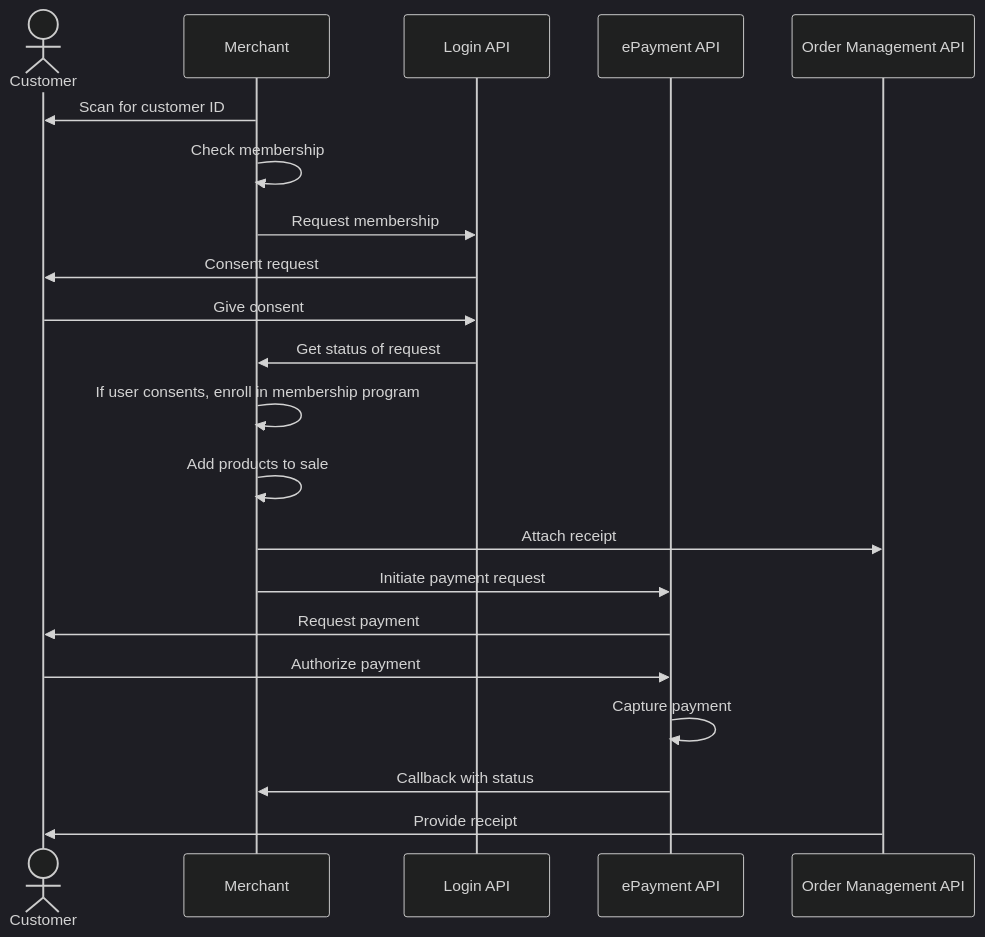
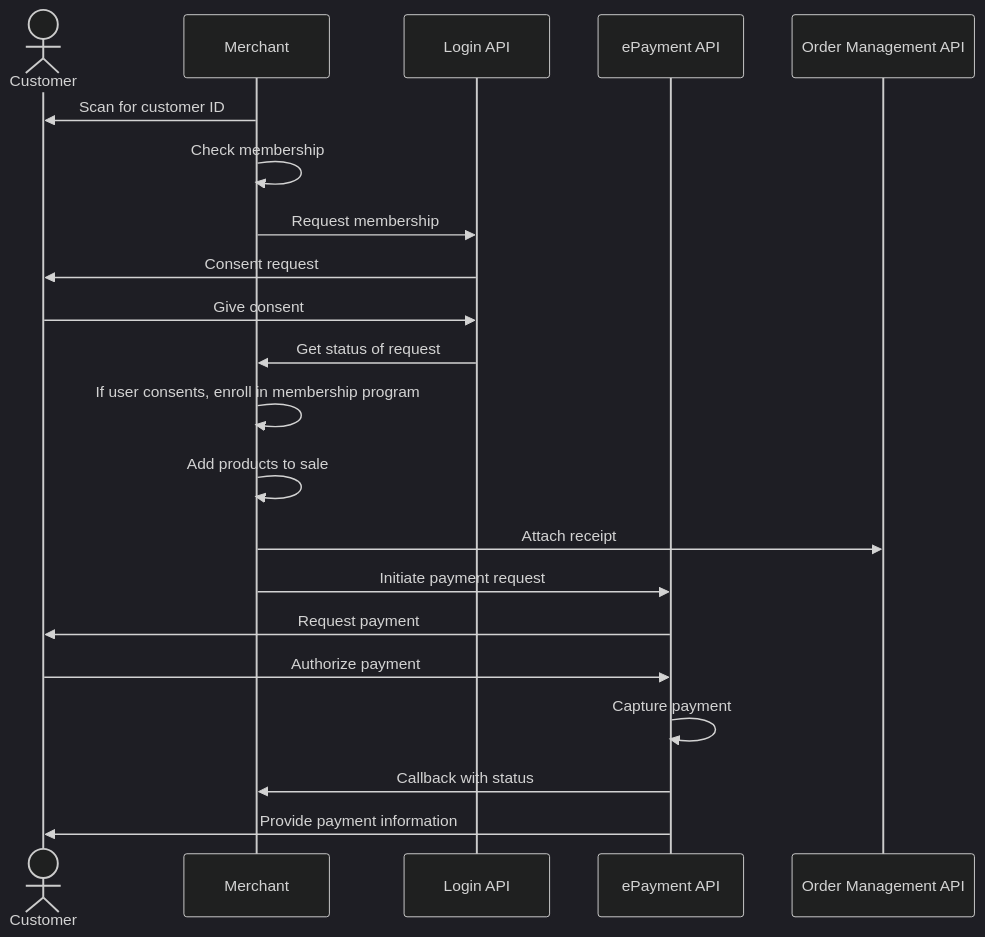
Before and after one commit to vippsas/vipps-solutions: the diagram in loyalty-in-pos/README.md, drawn with Mermaid (dark theme).

Commit message:
Use epayment to provide payment information

````diff
--- a/loyalty-in-pos/README.md
+++ b/loyalty-in-pos/README.md
@@ -156,23 +156,23 @@
 ``` mermaid
 sequenceDiagram
     actor C as Customer
     participant M as Merchant
     participant login as Login API
     participant ePayment as ePayment API
     participant ordermanagement as Order Management API
     M->>C: Scan for customer ID
     M->>M: Check membership
     M->>login: Request membership
     login->>C: Consent request
     C->>login: Give consent
     login->>M: Get status of request
     M->>M: If user consents, enroll in membership program
     M->>M: Add products to sale
     M->> ordermanagement: Attach receipt
     M->>ePayment: Initiate payment request
     ePayment->>C: Request payment
     C->>ePayment: Authorize payment
     ePayment->>ePayment: Capture payment
     ePayment->>M: Callback with status
-    ordermanagement->>C: Provide receipt
+    ePayment->>C: Provide payment information
 ```
````
